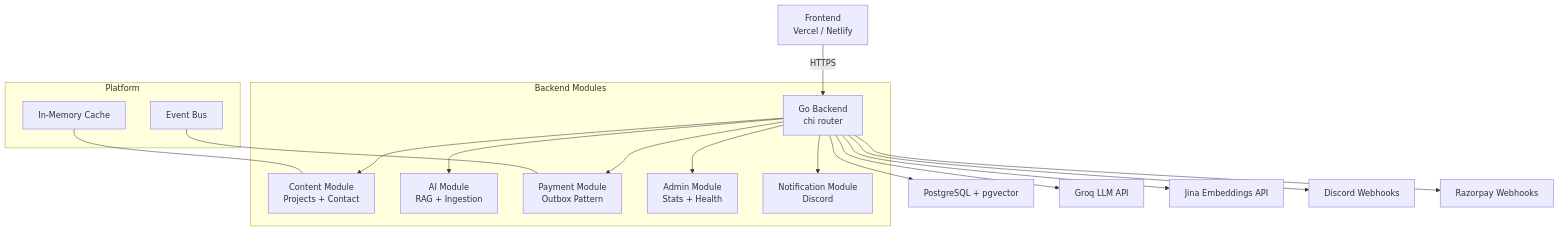
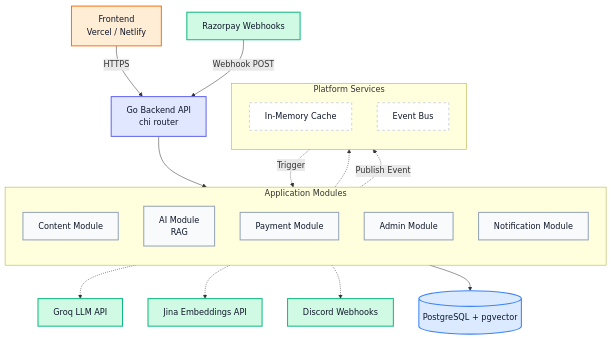
One commit to ZRishu/smart-portfolio changed the diagram in docs/architecture/index.md. Above: the diagram before and after it, drawn with Mermaid. The commit also changed 3 other files, not shown here.

````diff
--- a/docs/architecture/index.md
+++ b/docs/architecture/index.md
@@ -7,22 +7,53 @@
 ```mermaid
-graph TD
-    A[Frontend<br/>Vercel / Netlify] -->|HTTPS| B[Go Backend<br/>chi router]
-    B --> C[PostgreSQL + pgvector]
-    B --> D[Groq LLM API]
-    B --> E[Jina Embeddings API]
-    B --> F[Discord Webhooks]
-    B --> G[Razorpay Webhooks]
+flowchart TD
+    classDef client fill:#ffedd5,stroke:#f97316,stroke-width:2px,color:#0f172a
+    classDef backend fill:#e0e7ff,stroke:#6366f1,stroke-width:2px,color:#0f172a
+    classDef db fill:#dbeafe,stroke:#3b82f6,stroke-width:2px,color:#0f172a
+    classDef ext fill:#d1fae5,stroke:#10b981,stroke-width:2px,color:#0f172a
+    classDef mod fill:#f8fafc,stroke:#94a3b8,stroke-width:2px,color:#0f172a
+    classDef plat fill:#ffffff,stroke:#cbd5e1,stroke-width:2px,stroke-dasharray: 5 5,color:#0f172a
 
-    subgraph Backend Modules
-        B --> H[Content Module<br/>Projects + Contact]
-        B --> I[AI Module<br/>RAG + Ingestion]
-        B --> J[Payment Module<br/>Outbox Pattern]
-        B --> K[Admin Module<br/>Stats + Health]
-        B --> L[Notification Module<br/>Discord]
+    %% 1. Ingress Layer
+    Client[Frontend<br/>Vercel / Netlify]:::client
+    Razorpay[Razorpay Webhooks]:::ext
+    
+    %% 2. API Layer
+    API[Go Backend API<br/>chi router]:::backend
+
+    Client -->|HTTPS| API
+    Razorpay -->|Webhook POST| API
+
+    %% 3. Core Logic Layer
+    subgraph AppModules [Application Modules]
+        direction TB
+        Content[Content Module]:::mod
+        AI[AI Module<br/>RAG]:::mod
+        Payment[Payment Module]:::mod
+        Admin[Admin Module]:::mod
+        Notify[Notification Module]:::mod
     end
 
-    subgraph Platform
-        M[Event Bus] --- J
-        N[In-Memory Cache] --- H
+    subgraph AppPlatform [Platform Services]
+        direction TB
+        Cache[In-Memory Cache]:::plat
+        Bus[Event Bus]:::plat
     end
+
+    API --> AppModules
+    Content -.-> Cache
+    Payment -.->|Publish Event| Bus
+    Bus -.->|Trigger| Notify
+
+    %% 4. Data Layer
+    DB[(PostgreSQL + pgvector)]:::db
+    AppModules --> DB
+
+    %% 5. Egress / External APIs Layer
+    Groq[Groq LLM API]:::ext
+    Jina[Jina Embeddings API]:::ext
+    Discord[Discord Webhooks]:::ext
+
+    AI -.-> Groq
+    AI -.-> Jina
+    Notify -.-> Discord
 ```
````
